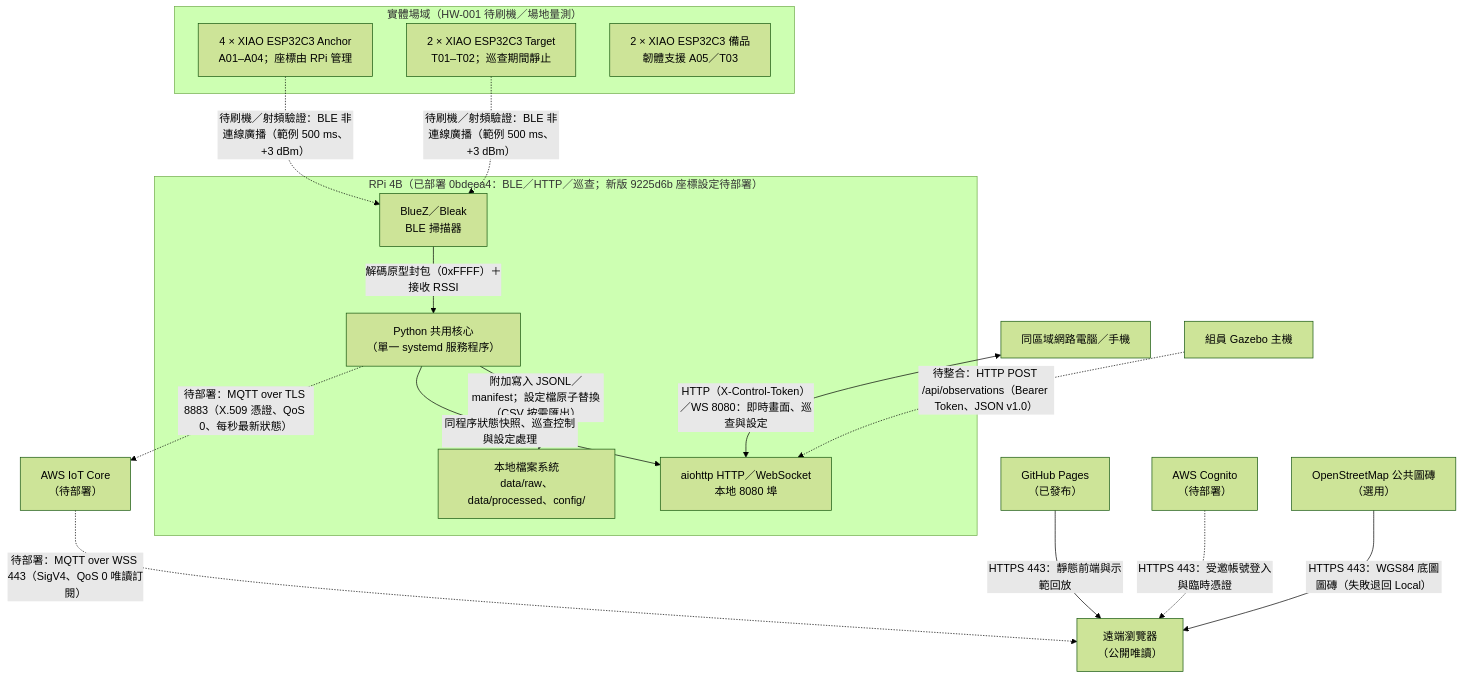
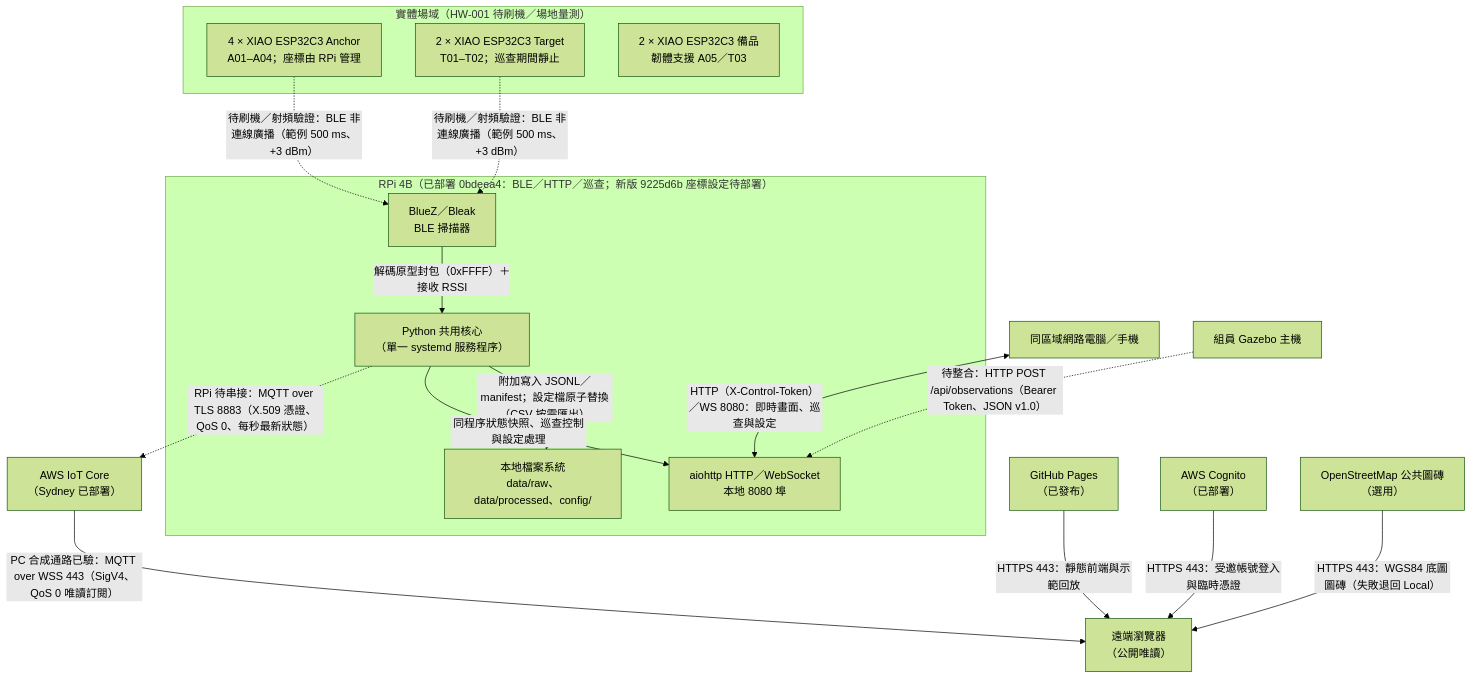
One commit to kaiy860123/ble-mobile-inventory changed the diagram in docs/report/diagrams/02-deployment.md. Above: the diagram before and after it, drawn with Mermaid (forest theme). The commit also changed other lines of this file and 9 other files, not shown here.

````diff
--- a/docs/report/diagrams/02-deployment.md
+++ b/docs/report/diagrams/02-deployment.md
@@ -3,22 +3,22 @@
 ```mermaid
 flowchart TB
   subgraph Field["實體場域（HW-001 待刷機／場地量測）"]
     Anchors["4 × XIAO ESP32C3 Anchor\nA01–A04；座標由 RPi 管理"]
     Targets["2 × XIAO ESP32C3 Target\nT01–T02；巡查期間靜止"]
     Spare["2 × XIAO ESP32C3 備品\n韌體支援 A05／T03"]
   end
   subgraph Pi["RPi 4B（已部署 0bdeea4：BLE／HTTP／巡查；新版 9225d6b 座標設定待部署）"]
     BlueZ["BlueZ／Bleak\nBLE 掃描器"] -->|"解碼原型封包（0xFFFF）＋接收 RSSI"| Core["Python 共用核心\n（單一 systemd 服務程序）"]
     Core -->|"附加寫入 JSONL／manifest；設定檔原子替換（CSV 按需匯出）"| Files["本地檔案系統\ndata/raw、data/processed、config/"]
     Core -->|"同程序狀態快照、巡查控制與設定處理"| HTTP["aiohttp HTTP／WebSocket\n本地 8080 埠"]
   end
   Anchors -.->|"待刷機／射頻驗證：BLE 非連線廣播（範例 500 ms、+3 dBm）"| BlueZ
   Targets -.->|"待刷機／射頻驗證：BLE 非連線廣播（範例 500 ms、+3 dBm）"| BlueZ
   Local["同區域網路電腦／手機"] <-->|"HTTP（X-Control-Token）／WS 8080：即時畫面、巡查與設定"| HTTP
   Sim["組員 Gazebo 主機"] -.->|"待整合：HTTP POST /api/observations（Bearer Token、JSON v1.0）"| HTTP
-  Core -.->|"待部署：MQTT over TLS 8883（X.509 憑證、QoS 0、每秒最新狀態）"| IoT["AWS IoT Core\n（待部署）"]
+  Core -.->|"RPi 待串接：MQTT over TLS 8883（X.509 憑證、QoS 0、每秒最新狀態）"| IoT["AWS IoT Core\n（Sydney 已部署）"]
   Pages["GitHub Pages\n（已發布）"] -->|"HTTPS 443：靜態前端與示範回放"| Public["遠端瀏覽器\n（公開唯讀）"]
-  Auth["AWS Cognito\n（待部署）"] -.->|"HTTPS 443：受邀帳號登入與臨時憑證"| Public
-  IoT -.->|"待部署：MQTT over WSS 443（SigV4、QoS 0 唯讀訂閱）"| Public
+  Auth["AWS Cognito\n（已部署）"] -->|"HTTPS 443：受邀帳號登入與臨時憑證"| Public
+  IoT -->|"PC 合成通路已驗：MQTT over WSS 443（SigV4、QoS 0 唯讀訂閱）"| Public
   OSM["OpenStreetMap 公共圖磚\n（選用）"] -->|"HTTPS 443：WGS84 底圖圖磚（失敗退回 Local）"| Public
 ```
````
